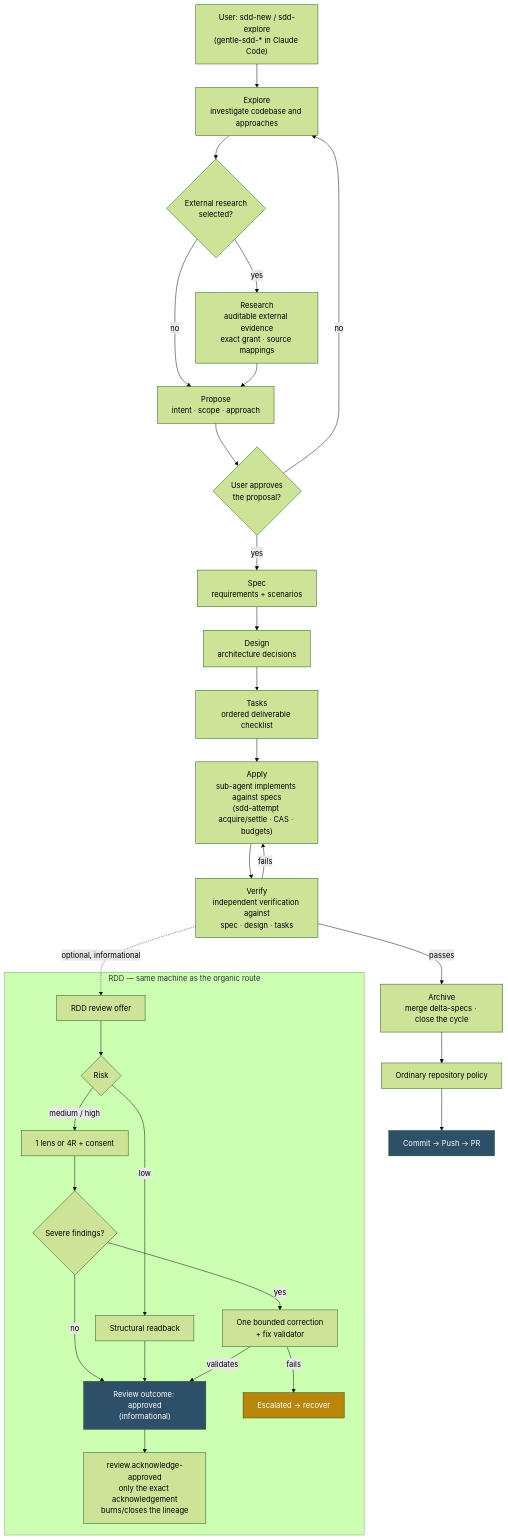
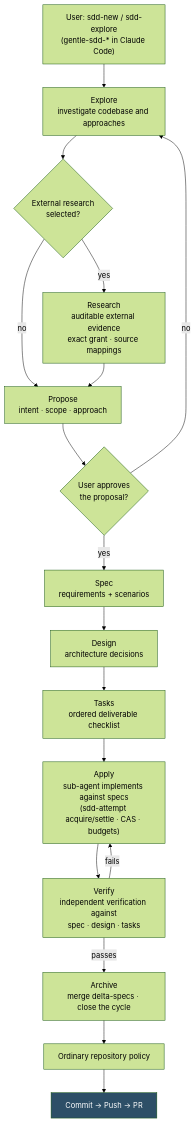
The diagram in docs/intended-usage.md (0xErwin1/gentle-ai), drawn with Mermaid (forest theme) before and after one commit. The commit also changed other lines of this file and 57 other files, not shown here.

````diff
--- a/docs/intended-usage.md
+++ b/docs/intended-usage.md
@@ -183,38 +183,21 @@
 ```mermaid
 flowchart TD
     A["User: sdd-new / sdd-explore<br/>(gentle-sdd-* in Claude Code)"] --> B["Explore<br/>investigate codebase and approaches"]
     B --> BR{"External research<br/>selected?"}
     BR -->|"yes"| BX["Research<br/>auditable external evidence<br/>exact grant · source mappings"]
     BR -->|"no"| C["Propose<br/>intent · scope · approach"]
     BX --> C
     C --> D{"User approves<br/>the proposal?"}
     D -->|"no"| B
     D -->|"yes"| E["Spec<br/>requirements + scenarios"]
     E --> F["Design<br/>architecture decisions"]
     F --> G["Tasks<br/>ordered deliverable checklist"]
     G --> H["Apply<br/>sub-agent implements against specs<br/>(sdd-attempt acquire/settle · CAS · budgets)"]
     H --> Q["Verify<br/>independent verification against<br/>spec · design · tasks"]
     Q -->|"passes"| R["Archive<br/>merge delta-specs · close the cycle"]
     Q -->|"fails"| H
-    Q -.->|"optional, informational"| I["RDD review offer"]
-
-    subgraph RDD["RDD — same machine as the organic route"]
-        I --> J{"Risk"}
-        J -->|"low"| K["Structural readback"]
-        J -->|"medium / high"| L["1 lens or 4R + consent"]
-        L --> M{"Severe findings?"}
-        M -->|"yes"| N["One bounded correction<br/>+ fix validator"]
-        M -->|"no"| O["Review outcome: approved<br/>(informational)"]
-        K --> O
-        N -->|"validates"| O
-        N -->|"fails"| P["Escalated → recover"]
-        O --> AK["review.acknowledge-approved<br/>only the exact acknowledgement<br/>burns/closes the lineage"]
-    end
-
     R --> S["Ordinary repository policy"]
     S --> T["Commit → Push → PR"]
 
-    style O fill:#2D4F67,color:#fff
-    style P fill:#B8860B,color:#fff
     style T fill:#2D4F67,color:#fff
 ```
````
